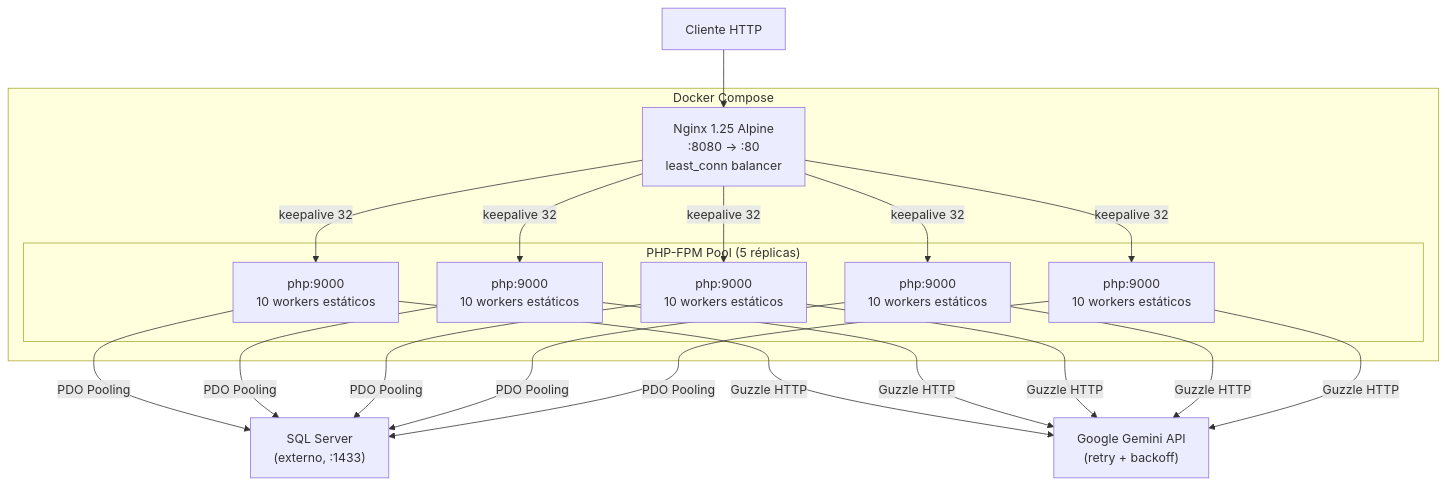
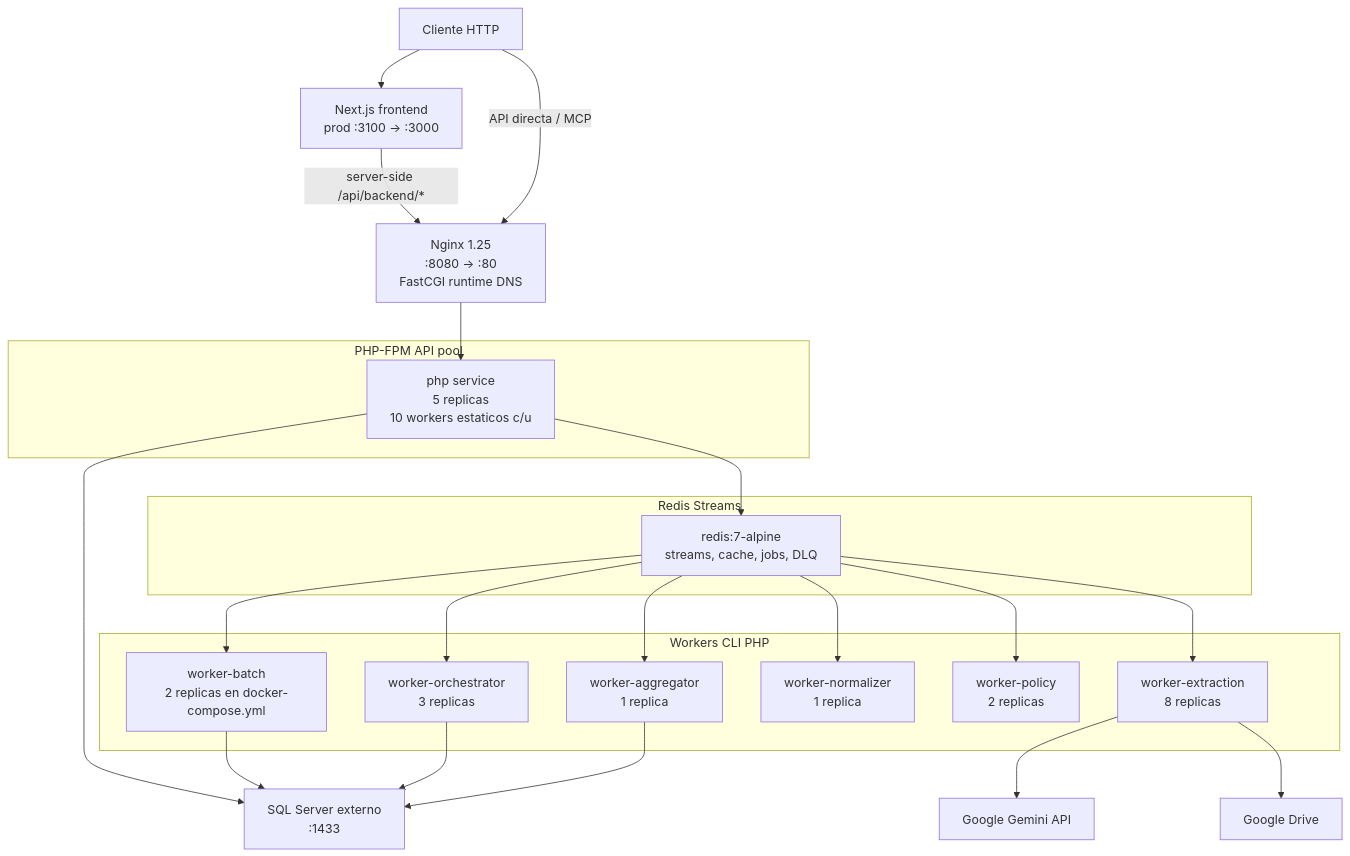
One commit to jfrem/AudFact changed the diagram in plans/high-availability.md. Above: the diagram before and after it, drawn with Mermaid. The commit also changed other lines of this file and 80 other files, not shown here.

````diff
--- a/plans/high-availability.md
+++ b/plans/high-availability.md
@@ -9,28 +11,45 @@
 ```mermaid
 graph TB
     Client["Cliente HTTP"]
-    
-    subgraph Docker["Docker Compose"]
-        Nginx["Nginx 1.25 Alpine<br/>:8080 → :80<br/>least_conn balancer"]
+    Front["Next.js frontend<br/>prod :3100 -> :3000"]
+    Nginx["Nginx 1.25<br/>:8080 -> :80<br/>FastCGI runtime DNS"]
 
-        subgraph PHP_Pool["PHP-FPM Pool (5 réplicas)"]
-            PHP1["php:9000<br/>10 workers estáticos"]
-            PHP2["php:9000<br/>10 workers estáticos"]
-            PHP3["php:9000<br/>10 workers estáticos"]
-            PHP4["php:9000<br/>10 workers estáticos"]
-            PHP5["php:9000<br/>10 workers estáticos"]
-        end
+    subgraph PHPPool["PHP-FPM API pool"]
+        PHP["php service<br/>5 replicas<br/>10 workers estaticos c/u"]
     end
 
-    SQLSRV["SQL Server<br/>(externo, :1433)"]
-    Gemini["Google Gemini API<br/>(retry + backoff)"]
+    subgraph RedisLayer["Redis Streams"]
+        Redis["redis:7-alpine<br/>streams, cache, jobs, DLQ"]
+    end
 
-    Client --> Nginx
-    Nginx -->|"keepalive 32"| PHP1
-    Nginx -->|"keepalive 32"| PHP2
-    Nginx -->|"keepalive 32"| PHP3
-    Nginx -->|"keepalive 32"| PHP4
-    Nginx -->|"keepalive 32"| PHP5
-    PHP1 & PHP2 & PHP3 & PHP4 & PHP5 -->|"PDO Pooling"| SQLSRV
-    PHP1 & PHP2 & PHP3 & PHP4 & PHP5 -->|"Guzzle HTTP"| Gemini
+    subgraph Workers["Workers CLI PHP"]
+        Batch["worker-batch<br/>2 replicas en docker-compose.yml"]
+        Orchestrator["worker-orchestrator<br/>3 replicas"]
+        Extraction["worker-extraction<br/>8 replicas"]
+        Normalizer["worker-normalizer<br/>1 replica"]
+        Policy["worker-policy<br/>2 replicas"]
+        Aggregator["worker-aggregator<br/>1 replica"]
+    end
+
+    SQLSRV["SQL Server externo<br/>:1433"]
+    Gemini["Google Gemini API"]
+    Drive["Google Drive"]
+
+    Client --> Front
+    Front -->|"server-side /api/backend/*"| Nginx
+    Client -->|"API directa / MCP"| Nginx
+    Nginx --> PHP
+    PHP --> SQLSRV
+    PHP --> Redis
+    Redis --> Batch
+    Redis --> Orchestrator
+    Redis --> Extraction
+    Redis --> Normalizer
+    Redis --> Policy
+    Redis --> Aggregator
+    Batch --> SQLSRV
+    Orchestrator --> SQLSRV
+    Extraction --> Gemini
+    Extraction --> Drive
+    Aggregator --> SQLSRV
 ```
````
